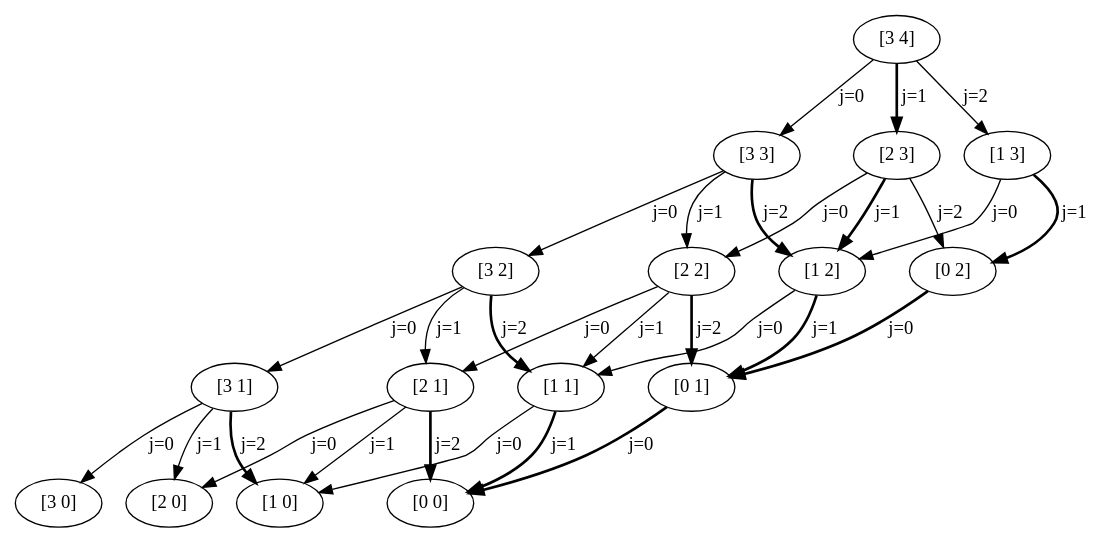
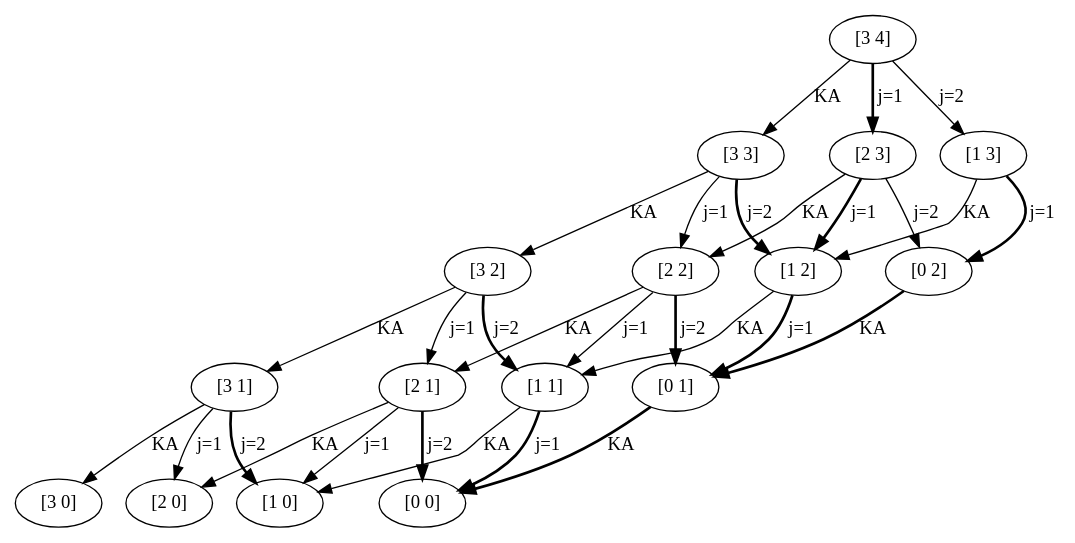
Before and after one commit to rb4k/MA-DP: the diagram in Bilder/beispiel2.dot, drawn with Graphviz. The commit also changed 10 other files, not shown here.

```diff
--- a/Bilder/beispiel2.dot
+++ b/Bilder/beispiel2.dot
@@ -10,11 +10,12 @@
 		value=65.0];
 	1 -> 0 [key=0,
 	goal="[3 0]",
-	label="j=0",
+	label=KA,
+	modus=KA,
 	not_best_politic=True,
 	revenue=0,
 	time=1,
-	weight=0,
+	weight=0.0,
 	weight_goal=0.0];
 5 [capacity="[2]",
 	label="[2 0]",
@@ -47,11 +48,12 @@
 value=128.5];
 2 -> 1 [key=0,
 goal="[3 1]",
-label="j=0",
+label=KA,
+modus=KA,
 not_best_politic=True,
 revenue=0,
 time=2,
-weight=0,
+weight=0.0,
 weight_goal=65.0];
 6 [capacity="[2]",
 label="[2 1]",
@@ -84,11 +86,12 @@
 value=181.906];
 3 -> 2 [key=0,
 goal="[3 2]",
-label="j=0",
+label=KA,
+modus=KA,
 not_best_politic=True,
 revenue=0,
 time=3,
-weight=0,
+weight=0.0,
 weight_goal=128.5];
 7 [capacity="[2]",
 label="[2 2]",
@@ -121,11 +124,12 @@
 value=220.969];
 4 -> 3 [key=0,
 goal="[3 3]",
-label="j=0",
+label=KA,
+modus=KA,
 not_best_politic=True,
 revenue=0,
 time=4,
-weight=0,
+weight=0.0,
 weight_goal=181.906];
 8 [capacity="[2]",
 label="[2 3]",
@@ -154,11 +158,12 @@
 weight_goal=87.5];
 6 -> 5 [key=0,
 goal="[2 0]",
-label="j=0",
+label=KA,
+modus=KA,
 not_best_politic=True,
 revenue=0,
 time=1,
-weight=0,
+weight=0.0,
 weight_goal=0.0];
 6 -> 10 [key=1,
 goal="[1 0]",
@@ -183,11 +188,12 @@
 weight_goal=0.0];
 7 -> 6 [key=0,
 goal="[2 1]",
-label="j=0",
+label=KA,
+modus=KA,
 not_best_politic=True,
 revenue=0,
 time=2,
-weight=0,
+weight=0.0,
 weight_goal=65.0];
 7 -> 11 [key=1,
 goal="[1 1]",
@@ -212,11 +218,12 @@
 weight_goal=0.0];
 8 -> 7 [key=0,
 goal="[2 2]",
-label="j=0",
+label=KA,
+modus=KA,
 not_best_politic=True,
 revenue=0,
 time=3,
-weight=0,
+weight=0.0,
 weight_goal=116.0];
 8 -> 12 [key=1,
 goal="[1 2]",
@@ -241,11 +248,12 @@
 weight_goal=0.0];
 11 -> 10 [key=0,
 goal="[1 0]",
-label="j=0",
+label=KA,
+modus=KA,
 not_best_politic=True,
 revenue=0,
 time=1,
-weight=0,
+weight=0.0,
 weight_goal=0.0];
 11 -> 15 [key=1,
 goal="[0 0]",
@@ -258,11 +266,12 @@
 weight_goal=0.0];
 12 -> 11 [key=0,
 goal="[1 1]",
-label="j=0",
+label=KA,
+modus=KA,
 not_best_politic=True,
 revenue=0,
 time=2,
-weight=0,
+weight=0.0,
 weight_goal=50.0];
 12 -> 16 [key=1,
 goal="[0 1]",
@@ -275,11 +284,12 @@
 weight_goal=0.0];
 13 -> 12 [key=0,
 goal="[1 2]",
-label="j=0",
+label=KA,
+modus=KA,
 not_best_politic=True,
 revenue=0,
 time=3,
-weight=0,
+weight=0.0,
 weight_goal=75.0];
 13 -> 17 [key=1,
 goal="[0 2]",
@@ -292,20 +302,22 @@
 weight_goal=0.0];
 16 -> 15 [key=0,
 goal="[0 0]",
-label="j=0",
+label=KA,
+modus=KA,
 not_best_politic=False,
 revenue=0,
 style=bold,
 time=1,
-weight=0,
+weight=0.0,
 weight_goal=0.0];
 17 -> 16 [key=0,
 goal="[0 1]",
-label="j=0",
+label=KA,
+modus=KA,
 not_best_politic=False,
 revenue=0,
 style=bold,
 time=2,
-weight=0,
+weight=0.0,
 weight_goal=0.0];
 }
```
